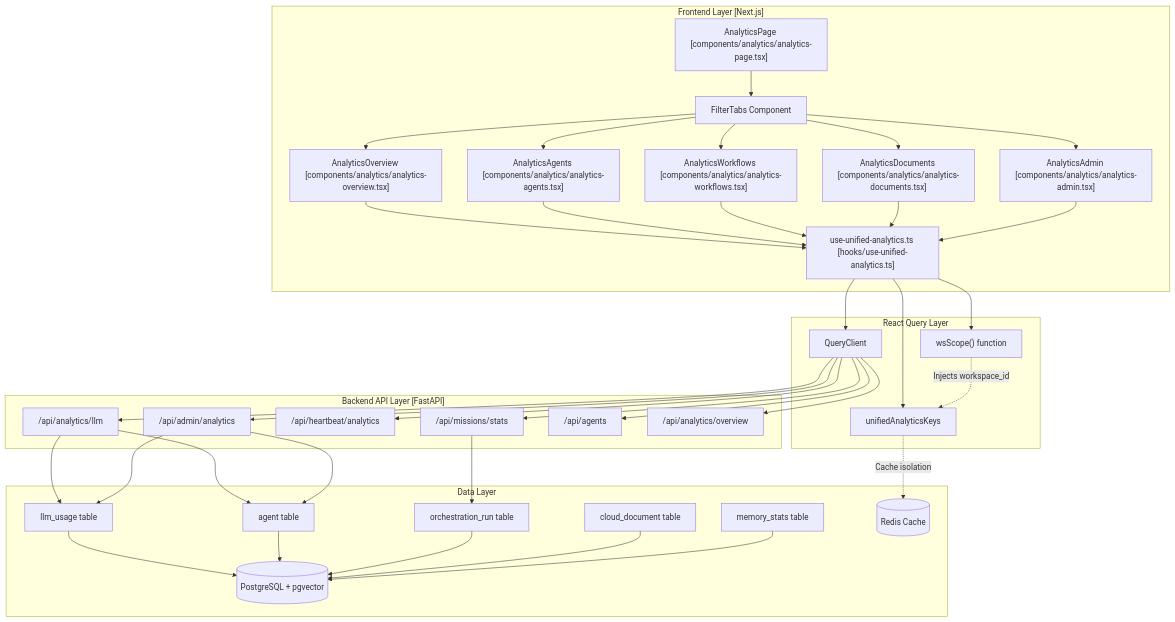
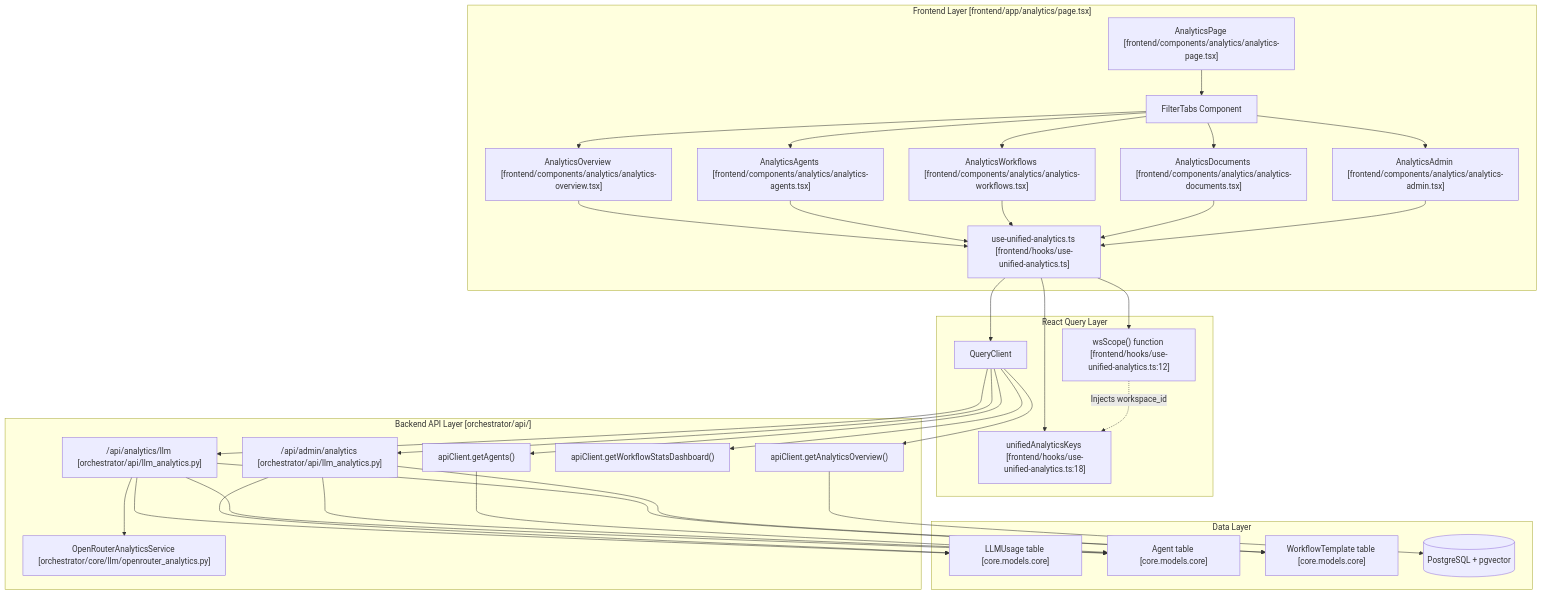
One commit to AutomatosAI/automatos-ai changed the first of 2 diagrams in docs/analytics-monitoring/analytics-architecture.md. Above: the diagram before and after it, drawn with Mermaid. The commit also changed other lines of this file and 153 other files, not shown here.

````diff
--- a/docs/analytics-monitoring/analytics-architecture.md
+++ b/docs/analytics-monitoring/analytics-architecture.md
@@ -39,59 +47,55 @@
 ```mermaid
 graph TB
-    subgraph "Frontend Layer [Next.js]"
-        AnalyticsPage["AnalyticsPage [components/analytics/analytics-page.tsx]"]
+    subgraph "Frontend Layer [frontend/app/analytics/page.tsx]"
+        AnalyticsPage["AnalyticsPage [frontend/components/analytics/analytics-page.tsx]"]
         Tabs["FilterTabs Component"]
-        OverviewTab["AnalyticsOverview [components/analytics/analytics-overview.tsx]"]
-        AgentsTab["AnalyticsAgents [components/analytics/analytics-agents.tsx]"]
-        WorkflowsTab["AnalyticsWorkflows [components/analytics/analytics-workflows.tsx]"]
-        DocsTab["AnalyticsDocuments [components/analytics/analytics-documents.tsx]"]
-        AdminTab["AnalyticsAdmin [components/analytics/analytics-admin.tsx]"]
+        OverviewTab["AnalyticsOverview [frontend/components/analytics/analytics-overview.tsx]"]
+        AgentsTab["AnalyticsAgents [frontend/components/analytics/analytics-agents.tsx]"]
+        WorkflowsTab["AnalyticsWorkflows [frontend/components/analytics/analytics-workflows.tsx]"]
+        DocsTab["AnalyticsDocuments [frontend/components/analytics/analytics-documents.tsx]"]
+        AdminTab["AnalyticsAdmin [frontend/components/analytics/analytics-admin.tsx]"]
         
-        Hooks["use-unified-analytics.ts [hooks/use-unified-analytics.ts]"]
+        Hooks["use-unified-analytics.ts [frontend/hooks/use-unified-analytics.ts]"]
         
         AnalyticsPage --> Tabs
         Tabs --> OverviewTab & AgentsTab & WorkflowsTab & DocsTab & AdminTab
         OverviewTab & AgentsTab & WorkflowsTab & DocsTab & AdminTab --> Hooks
     end
     
     subgraph "React Query Layer"
         QueryClient["QueryClient"]
-        wsScope["wsScope() function"]
-        QueryKeys["unifiedAnalyticsKeys"]
+        wsScope["wsScope() function [frontend/hooks/use-unified-analytics.ts:12]"]
+        QueryKeys["unifiedAnalyticsKeys [frontend/hooks/use-unified-analytics.ts:18]"]
         
         Hooks --> QueryClient
         Hooks --> wsScope
         Hooks --> QueryKeys
     end
     
-    subgraph "Backend API Layer [FastAPI]"
-        LLMRouter["/api/analytics/llm"]
-        MissionRouter["/api/missions/stats"]
-        HeartbeatRouter["/api/heartbeat/analytics"]
-        AdminRouter["/api/admin/analytics"]
+    subgraph "Backend API Layer [orchestrator/api/]"
+        LLMRouter["/api/analytics/llm [orchestrator/api/llm_analytics.py]"]
+        AdminRouter["/api/admin/analytics [orchestrator/api/llm_analytics.py]"]
+        OR_Service["OpenRouterAnalyticsService [orchestrator/core/llm/openrouter_analytics.py]"]
         
-        AgentAPI["/api/agents"]
-        DocsAPI["/api/analytics/overview"]
+        AgentAPI["apiClient.getAgents()"]
+        WorkflowAPI["apiClient.getWorkflowStatsDashboard()"]
+        DocsAPI["apiClient.getAnalyticsOverview()"]
     end
     
     subgraph "Data Layer"
-        LLMUsageTable["llm_usage table"]
-        AgentTable["agent table"]
-        MissionTable["orchestration_run table"]
-        DocsTable["cloud_document table"]
-        MemoryTable["memory_stats table"]
+        LLMUsageTable["LLMUsage table [core.models.core]"]
+        AgentTable["Agent table [core.models.core]"]
+        WorkflowTable["WorkflowTemplate table [core.models.core]"]
         
         Postgres[("PostgreSQL + pgvector")]
-        Redis[("Redis Cache")]
-        
-        LLMUsageTable & AgentTable & MissionTable & DocsTable & MemoryTable --> Postgres
     end
     
-    QueryClient --> LLMRouter & MissionRouter & HeartbeatRouter & AdminRouter & AgentAPI & DocsAPI
+    QueryClient --> LLMRouter & AdminRouter & AgentAPI & WorkflowAPI & DocsAPI
+    LLMRouter --> OR_Service
     
-    LLMRouter & AdminRouter --> LLMUsageTable & AgentTable
-    MissionRouter --> MissionTable
+    LLMRouter & AdminRouter --> LLMUsageTable & AgentTable & WorkflowTable
+    AgentAPI --> AgentTable
+    DocsAPI --> Postgres
     
     wsScope -.->|"Injects workspace_id"| QueryKeys
-    QueryKeys -.->|"Cache isolation"| Redis
 ```
````
